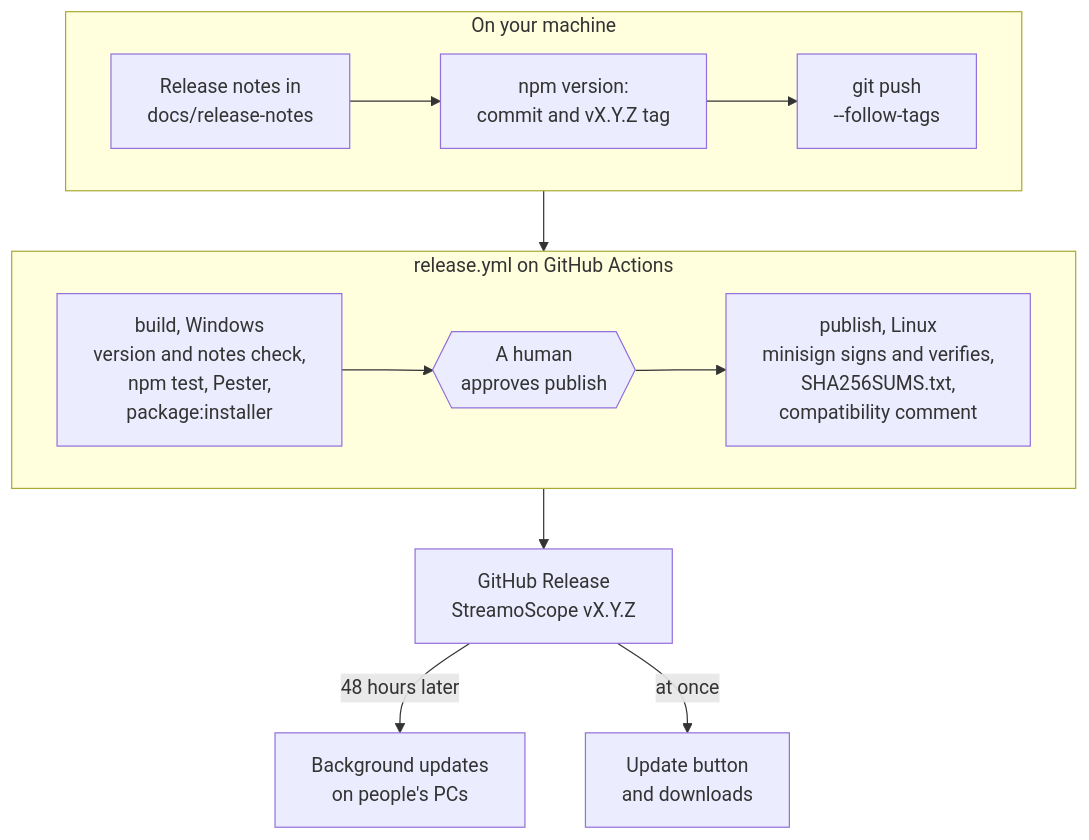
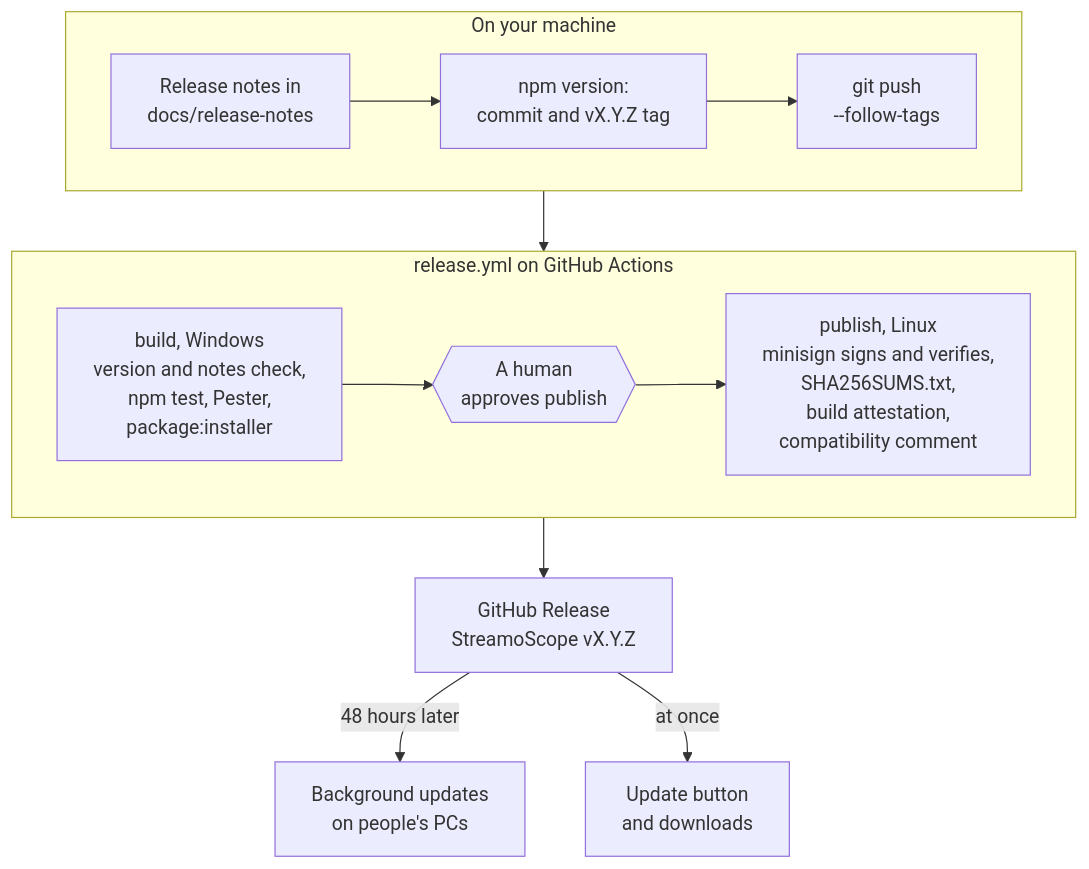
The first of 2 diagrams in docs/DEVELOPMENT.md (tjnk24/streamoscope), drawn with Mermaid before and after one commit. The commit also changed other lines of this file and 7 other files, not shown here.

````diff
--- a/docs/DEVELOPMENT.md
+++ b/docs/DEVELOPMENT.md
@@ -58,15 +60,15 @@
 ```mermaid
 flowchart TB
   subgraph local["On your machine"]
     direction LR
     notes["Release notes in<br>docs/release-notes"] --> bump["npm version:<br>commit and vX.Y.Z tag"] --> push["git push<br>--follow-tags"]
   end
   subgraph workflow["release.yml on GitHub Actions"]
     direction LR
-    build["build, Windows<br>version and notes check,<br>npm test, Pester,<br>package:installer"] --> approve{{"A human<br>approves publish"}} --> publish["publish, Linux<br>minisign signs and verifies,<br>SHA256SUMS.txt,<br>compatibility comment"]
+    build["build, Windows<br>version and notes check,<br>npm test, Pester,<br>package:installer"] --> approve{{"A human<br>approves publish"}} --> publish["publish, Linux<br>minisign signs and verifies,<br>SHA256SUMS.txt,<br>build attestation,<br>compatibility comment"]
   end
   local --> workflow
   workflow --> release["GitHub Release<br>StreamoScope vX.Y.Z"]
   release -- "48 hours later" --> background["Background updates<br>on people's PCs"]
   release -- "at once" --> manual["Update button<br>and downloads"]
 ```
````
